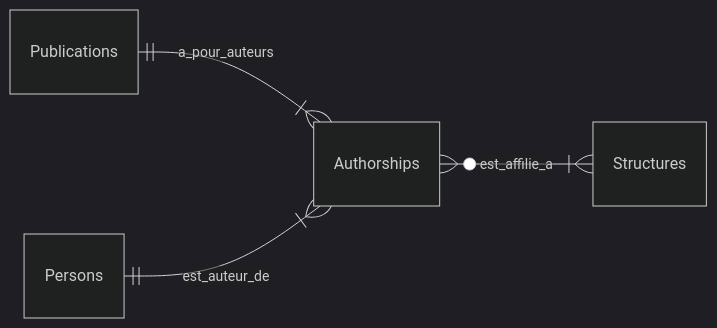
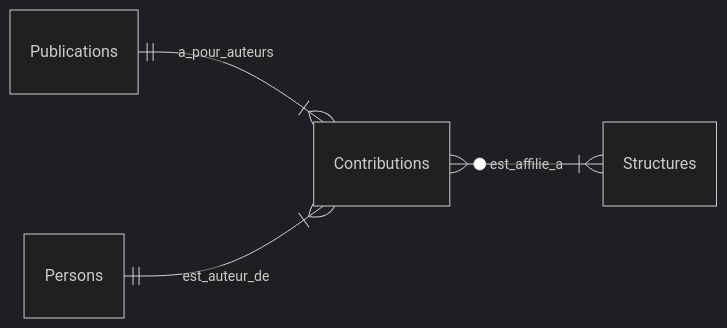
Before and after one commit to Y33sha/bibliometrie-uca: the first of 2 diagrams in docs/donnees/01-vue-d-ensemble.md, drawn with Mermaid (dark theme). The commit also changed other lines of this file and 560 other files, not shown here.

````diff
--- a/docs/donnees/01-vue-d-ensemble.md
+++ b/docs/donnees/01-vue-d-ensemble.md
@@ -15,7 +15,7 @@
 ```mermaid
 erDiagram
     direction LR
-    Publications ||--|{ Authorships : a_pour_auteurs
-    Persons ||--|{ Authorships : est_auteur_de
-    Authorships }o--|{ Structures : est_affilie_a
+    Publications ||--|{ Contributions : a_pour_auteurs
+    Persons ||--|{ Contributions : est_auteur_de
+    Contributions }o--|{ Structures : est_affilie_a
 ```
````
